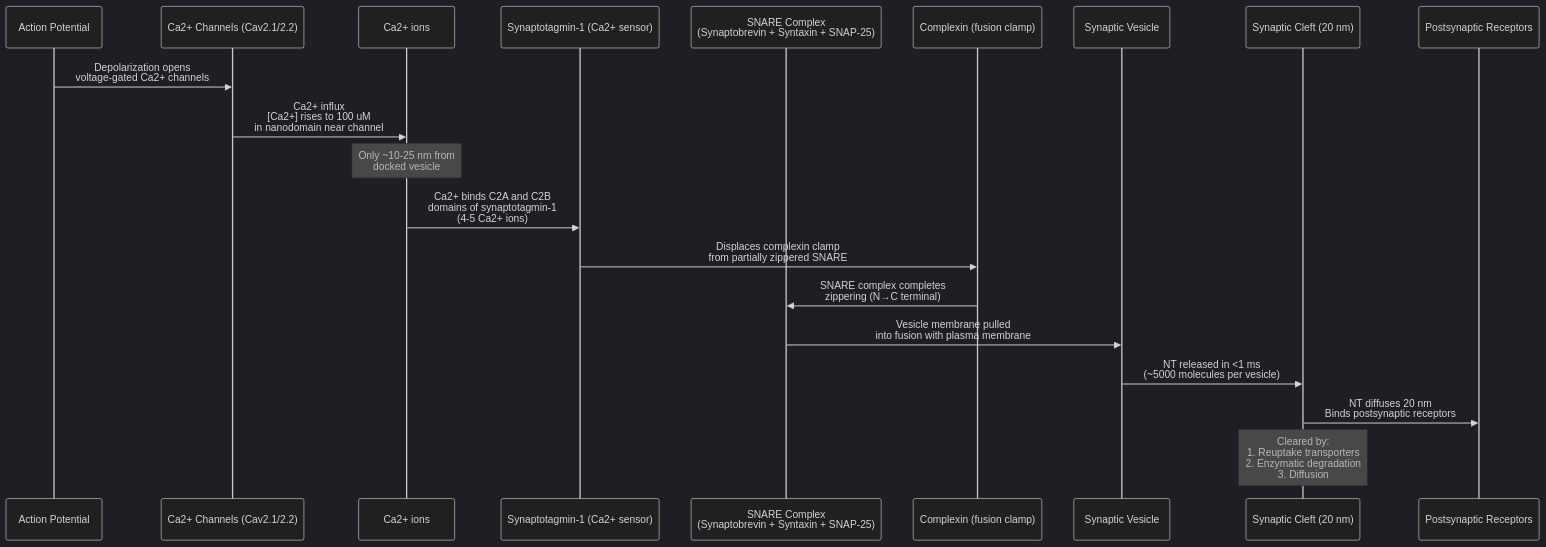
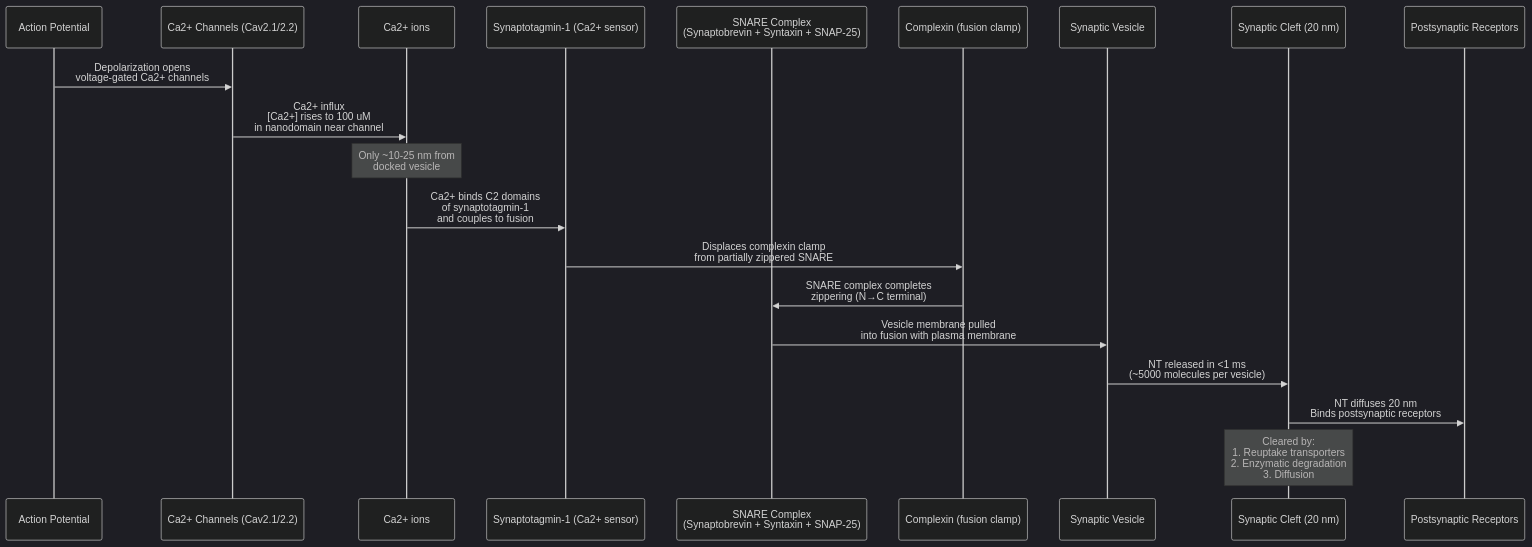
Before and after one commit to docxology/biology_textbook: the second of 4 diagrams in docs/manuscript/unit_IX/action_potential_synapses.md, drawn with Mermaid (dark theme). The commit also changed other lines of this file and 444 other files, not shown here.

````diff
--- a/docs/manuscript/unit_IX/action_potential_synapses.md
+++ b/docs/manuscript/unit_IX/action_potential_synapses.md
@@ -238,23 +236,23 @@
 ```mermaid
 sequenceDiagram
     participant AP as Action Potential
     participant VGCC as Ca2+ Channels (Cav2.1/2.2)
     participant Ca as Ca2+ ions
     participant Syt as Synaptotagmin-1 (Ca2+ sensor)
     participant SNARE as SNARE Complex<br/>(Synaptobrevin + Syntaxin + SNAP-25)
     participant Cpx as Complexin (fusion clamp)
     participant Ves as Synaptic Vesicle
     participant Cleft as Synaptic Cleft (20 nm)
     participant Rec as Postsynaptic Receptors
 
     AP->>VGCC: Depolarization opens<br/>voltage-gated Ca2+ channels
     VGCC->>Ca: Ca2+ influx<br/>[Ca2+] rises to 100 uM<br/>in nanodomain near channel
     Note over Ca: Only ~10-25 nm from<br/>docked vesicle
-    Ca->>Syt: Ca2+ binds C2A and C2B<br/>domains of synaptotagmin-1<br/>(4-5 Ca2+ ions)
+    Ca->>Syt: Ca2+ binds C2 domains<br/>of synaptotagmin-1<br/>and couples to fusion
     Syt->>Cpx: Displaces complexin clamp<br/>from partially zippered SNARE
     Cpx->>SNARE: SNARE complex completes<br/>zippering (N→C terminal)
     SNARE->>Ves: Vesicle membrane pulled<br/>into fusion with plasma membrane
     Ves->>Cleft: NT released in <1 ms<br/>(~5000 molecules per vesicle)
     Cleft->>Rec: NT diffuses 20 nm<br/>Binds postsynaptic receptors
     Note over Cleft: Cleared by:<br/>1. Reuptake transporters<br/>2. Enzymatic degradation<br/>3. Diffusion
 ```
````
